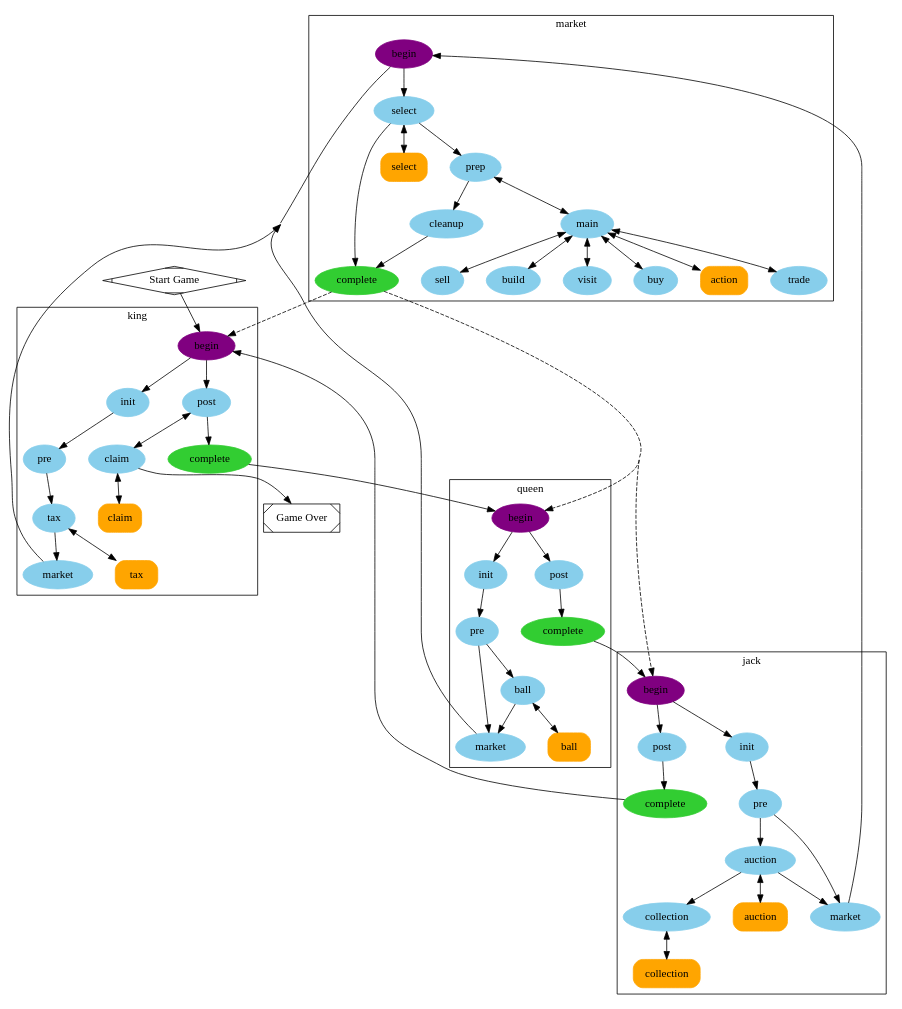
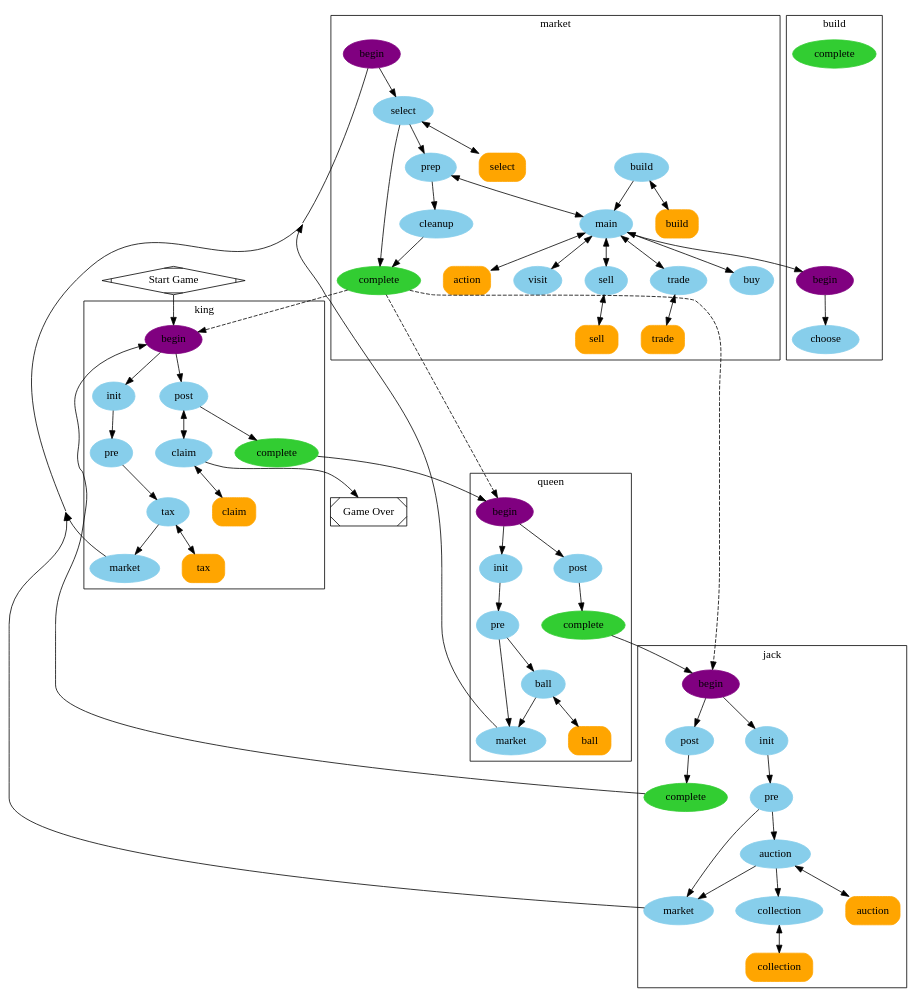
Before and after one commit to felixludos/ludos: the diagram in figures/aristocracy.gv, drawn with Graphviz. The commit also changed 10 other files, not shown here.

```diff
--- a/figures/aristocracy.gv
+++ b/figures/aristocracy.gv
@@ -1,123 +1,139 @@
 digraph G {
 	compound=true concentrate=true newrank=true nodesep=0.4 splines=true
 	subgraph cluster_market {
 		label=market
 		"PhaseNode(market)" [label=begin color=purple style=filled]
 		"StageNode(market.select)" [label=select color=skyblue style=filled]
 		"StageNode(market.prep)" [label=prep color=skyblue style=filled]
 		"StageNode(market.main)" [label=main color=skyblue style=filled]
 		"StageNode(market.trade)" [label=trade color=skyblue style=filled]
 		"StageNode(market.sell)" [label=sell color=skyblue style=filled]
 		"StageNode(market.cleanup)" [label=cleanup color=skyblue style=filled]
 		"StageNode(market.build)" [label=build color=skyblue style=filled]
 		"StageNode(market.visit)" [label=visit color=skyblue style=filled]
 		"StageNode(market.buy)" [label=buy color=skyblue style=filled]
 		"DecisionNode(market.select)" [label=select color=orange shape=rect style="rounded,filled"]
 		"DecisionNode(market.action)" [label=action color=orange shape=rect style="rounded,filled"]
+		"DecisionNode(market.trade)" [label=trade color=orange shape=rect style="rounded,filled"]
+		"DecisionNode(market.sell)" [label=sell color=orange shape=rect style="rounded,filled"]
+		"DecisionNode(market.build)" [label=build color=orange shape=rect style="rounded,filled"]
 		"CompleteNode(market complete)" [label=complete color=limegreen style=filled]
+	}
+	subgraph cluster_build {
+		label=build
+		"PhaseNode(build)" [label=begin color=purple style=filled]
+		"StageNode(build.choose)" [label=choose color=skyblue style=filled]
+		"CompleteNode(build complete)" [label=complete color=limegreen style=filled]
 	}
 	subgraph cluster_king {
 		label=king
 		"PhaseNode(king)" [label=begin color=purple style=filled]
 		"StageNode(king.pre)" [label=pre color=skyblue style=filled]
 		"StageNode(king.tax)" [label=tax color=skyblue style=filled]
 		"StageNode(king.post)" [label=post color=skyblue style=filled]
 		"StageNode(king.claim)" [label=claim color=skyblue style=filled]
 		"StageNode(king.init)" [label=init color=skyblue style=filled]
 		"StageNode(king.market)" [label=market color=skyblue style=filled]
 		"DecisionNode(king.tax)" [label=tax color=orange shape=rect style="rounded,filled"]
 		"DecisionNode(king.claim)" [label=claim color=orange shape=rect style="rounded,filled"]
 		"CompleteNode(king complete)" [label=complete color=limegreen style=filled]
 	}
 	subgraph cluster_queen {
 		label=queen
 		"PhaseNode(queen)" [label=begin color=purple style=filled]
 		"StageNode(queen.pre)" [label=pre color=skyblue style=filled]
 		"StageNode(queen.ball)" [label=ball color=skyblue style=filled]
 		"StageNode(queen.post)" [label=post color=skyblue style=filled]
 		"StageNode(queen.init)" [label=init color=skyblue style=filled]
 		"StageNode(queen.market)" [label=market color=skyblue style=filled]
 		"DecisionNode(queen.ball)" [label=ball color=orange shape=rect style="rounded,filled"]
 		"CompleteNode(queen complete)" [label=complete color=limegreen style=filled]
 	}
 	subgraph cluster_jack {
 		label=jack
 		"PhaseNode(jack)" [label=begin color=purple style=filled]
 		"StageNode(jack.pre)" [label=pre color=skyblue style=filled]
 		"StageNode(jack.auction)" [label=auction color=skyblue style=filled]
 		"StageNode(jack.collection)" [label=collection color=skyblue style=filled]
 		"StageNode(jack.post)" [label=post color=skyblue style=filled]
 		"StageNode(jack.init)" [label=init color=skyblue style=filled]
 		"StageNode(jack.market)" [label=market color=skyblue style=filled]
 		"DecisionNode(jack.auction)" [label=auction color=orange shape=rect style="rounded,filled"]
 		"DecisionNode(jack.collection)" [label=collection color=orange shape=rect style="rounded,filled"]
 		"CompleteNode(jack complete)" [label=complete color=limegreen style=filled]
 	}
 	"GameOverNode(Game Over)" [label="Game Over" shape=rect style=diagonals]
 	"StartNode(Start Game)" [label="Start Game" shape=diamond style=diagonals]
 	"PhaseNode(market)" -> "StageNode(market.select)"
+	"PhaseNode(build)" -> "StageNode(build.choose)"
 	"PhaseNode(king)" -> "StageNode(king.init)"
 	"PhaseNode(queen)" -> "StageNode(queen.init)"
 	"PhaseNode(jack)" -> "StageNode(jack.init)"
 	"PhaseNode(king)" -> "StageNode(king.post)"
 	"PhaseNode(queen)" -> "StageNode(queen.post)"
 	"PhaseNode(jack)" -> "StageNode(jack.post)"
 	"StageNode(market.select)" -> "CompleteNode(market complete)"
+	"CompleteNode(market complete)" -> "PhaseNode(jack)" [style=dashed]
 	"CompleteNode(market complete)" -> "PhaseNode(king)" [style=dashed]
-	"CompleteNode(market complete)" -> "PhaseNode(jack)" [style=dashed]
 	"CompleteNode(market complete)" -> "PhaseNode(queen)" [style=dashed]
 	"StageNode(market.select)" -> "StageNode(market.prep)"
 	"StageNode(market.select)" -> "DecisionNode(market.select)"
 	"DecisionNode(market.select)" -> "StageNode(market.select)" [style=dotted]
 	"StageNode(market.prep)" -> "StageNode(market.cleanup)"
 	"StageNode(market.prep)" -> "StageNode(market.main)"
+	"StageNode(market.main)" -> "PhaseNode(build)"
 	"StageNode(market.main)" -> "StageNode(market.trade)"
 	"StageNode(market.main)" -> "StageNode(market.sell)"
 	"StageNode(market.main)" -> "StageNode(market.prep)"
 	"StageNode(market.main)" -> "DecisionNode(market.action)"
 	"DecisionNode(market.action)" -> "StageNode(market.main)" [style=dotted]
-	"StageNode(market.main)" -> "StageNode(market.build)"
 	"StageNode(market.main)" -> "StageNode(market.visit)"
 	"StageNode(market.main)" -> "StageNode(market.buy)"
 	"StageNode(market.trade)" -> "StageNode(market.main)"
+	"StageNode(market.trade)" -> "DecisionNode(market.trade)"
+	"DecisionNode(market.trade)" -> "StageNode(market.trade)" [style=dotted]
+	"StageNode(market.sell)" -> "DecisionNode(market.sell)"
+	"DecisionNode(market.sell)" -> "StageNode(market.sell)" [style=dotted]
 	"StageNode(market.sell)" -> "StageNode(market.main)"
 	"StageNode(market.cleanup)" -> "CompleteNode(market complete)"
+	"StageNode(market.build)" -> "DecisionNode(market.build)"
+	"DecisionNode(market.build)" -> "StageNode(market.build)" [style=dotted]
 	"StageNode(market.build)" -> "StageNode(market.main)"
 	"StageNode(market.visit)" -> "StageNode(market.main)"
 	"StageNode(market.buy)" -> "StageNode(market.main)"
 	"StageNode(king.pre)" -> "StageNode(king.tax)"
 	"StageNode(king.tax)" -> "DecisionNode(king.tax)"
 	"DecisionNode(king.tax)" -> "StageNode(king.tax)" [style=dotted]
 	"StageNode(king.tax)" -> "StageNode(king.market)"
 	"StageNode(king.post)" -> "StageNode(king.claim)"
 	"StageNode(king.post)" -> "CompleteNode(king complete)"
 	"CompleteNode(king complete)" -> "PhaseNode(queen)"
 	"StageNode(king.claim)" -> "DecisionNode(king.claim)"
 	"DecisionNode(king.claim)" -> "StageNode(king.claim)" [style=dotted]
 	"StageNode(king.claim)" -> "GameOverNode(Game Over)"
 	"StageNode(king.claim)" -> "StageNode(king.post)"
 	"StageNode(king.init)" -> "StageNode(king.pre)"
 	"StageNode(king.market)" -> "PhaseNode(market)"
 	"StageNode(queen.pre)" -> "StageNode(queen.ball)"
 	"StageNode(queen.pre)" -> "StageNode(queen.market)"
 	"StageNode(queen.ball)" -> "StageNode(queen.market)"
 	"StageNode(queen.ball)" -> "DecisionNode(queen.ball)"
 	"DecisionNode(queen.ball)" -> "StageNode(queen.ball)" [style=dotted]
 	"StageNode(queen.post)" -> "CompleteNode(queen complete)"
 	"CompleteNode(queen complete)" -> "PhaseNode(jack)"
 	"StageNode(queen.init)" -> "StageNode(queen.pre)"
 	"StageNode(queen.market)" -> "PhaseNode(market)"
 	"StageNode(jack.pre)" -> "StageNode(jack.auction)"
 	"StageNode(jack.pre)" -> "StageNode(jack.market)"
 	"StageNode(jack.auction)" -> "StageNode(jack.collection)"
 	"StageNode(jack.auction)" -> "StageNode(jack.market)"
 	"StageNode(jack.auction)" -> "DecisionNode(jack.auction)"
 	"DecisionNode(jack.auction)" -> "StageNode(jack.auction)" [style=dotted]
 	"StageNode(jack.collection)" -> "DecisionNode(jack.collection)"
 	"DecisionNode(jack.collection)" -> "StageNode(jack.collection)" [style=dotted]
 	"StageNode(jack.post)" -> "CompleteNode(jack complete)"
 	"CompleteNode(jack complete)" -> "PhaseNode(king)"
 	"StageNode(jack.init)" -> "StageNode(jack.pre)"
 	"StageNode(jack.market)" -> "PhaseNode(market)"
 	"StartNode(Start Game)" -> "PhaseNode(king)"
 }
```
